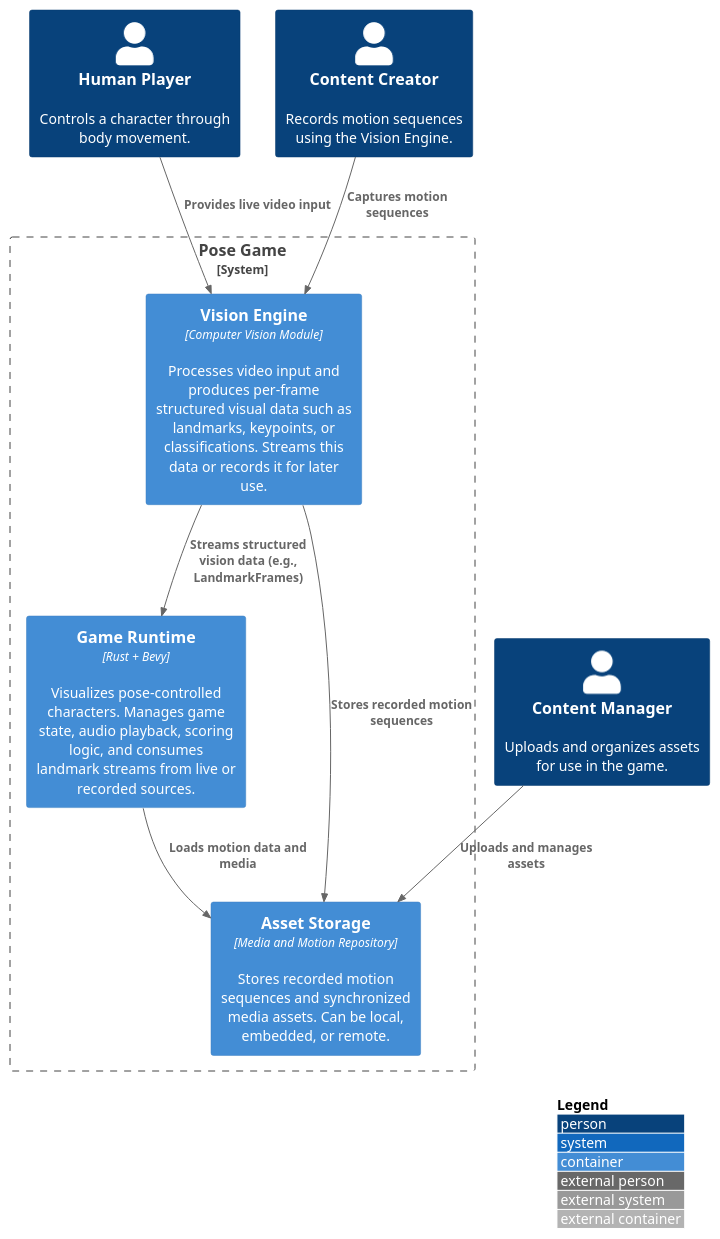
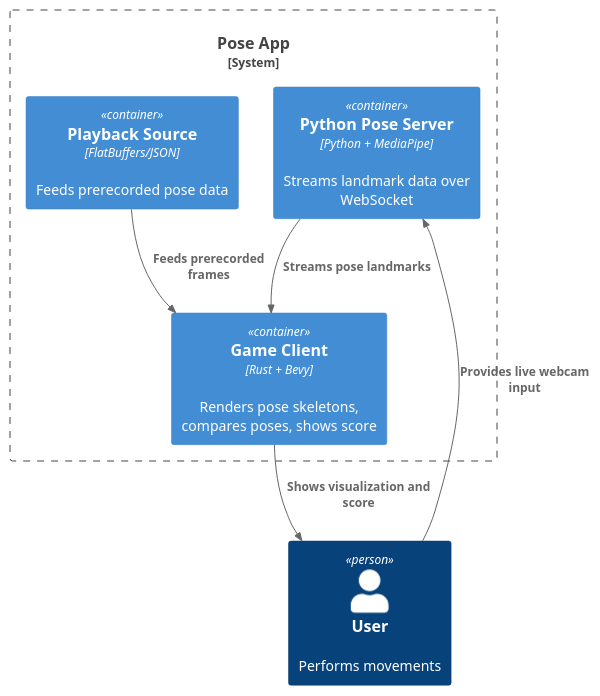
One commit to tobiaslocker/pose changed the diagram in docs/arch/diagrams/c4-level-2-system-container.puml. Above: the diagram before and after it, drawn with PlantUML. The commit also changed other lines of this file and 4 other files, not shown here.

```diff
--- a/docs/arch/diagrams/c4-level-2-system-container.puml
+++ b/docs/arch/diagrams/c4-level-2-system-container.puml
@@ -1,18 +1,16 @@
 @startuml
 !includeurl https://raw.githubusercontent.com/plantuml-stdlib/C4-PlantUML/master/C4_Container.puml
-LAYOUT_WITH_LEGEND()
-System_Boundary(poseGame, "Pose Game") {
-  Container(gameRuntime, "Game Runtime", "Rust + Bevy", "Visualizes pose-controlled characters. Manages game state, audio playback, scoring logic, and consumes landmark streams from live or recorded sources.")
-  Container(visionEngine, "Vision Engine", "Computer Vision Module", "Processes video input and produces per-frame structured visual data such as landmarks, keypoints, or classifications. Streams this data or records it for later use.")
-  Container(assetStorage, "Asset Storage", "Media and Motion Repository", "Stores recorded motion sequences and synchronized media assets. Can be local, embedded, or remote.")
+
+System_Boundary(poseApp, "Pose App") {
+  Container(game, "Game Client", "Rust + Bevy", "Renders pose skeletons, compares poses, shows score")
+  Container(controller, "Python Pose Server", "Python + MediaPipe", "Streams landmark data over WebSocket")
+  Container(fileInput, "Playback Source", "FlatBuffers/JSON", "Feeds prerecorded pose data")
 }
-Person(player, "Human Player", "Controls a character through body movement.")
-Person(creator, "Content Creator", "Records motion sequences using the Vision Engine.")
-Person(manager, "Content Manager", "Uploads and organizes assets for use in the game.")
-Rel(player, visionEngine, "Provides live video input")
-Rel(visionEngine, gameRuntime, "Streams structured vision data (e.g., LandmarkFrames)")
-Rel(gameRuntime, assetStorage, "Loads motion data and media")
-Rel(visionEngine, assetStorage, "Stores recorded motion sequences")
-Rel(creator, visionEngine, "Captures motion sequences")
-Rel(manager, assetStorage, "Uploads and manages assets")
+
+Person(user, "User", "Performs movements")
+
+Rel(user, controller, "Provides live webcam input")
+Rel(controller, game, "Streams pose landmarks")
+Rel(fileInput, game, "Feeds prerecorded frames")
+Rel(game, user, "Shows visualization and score")
 @enduml
```
